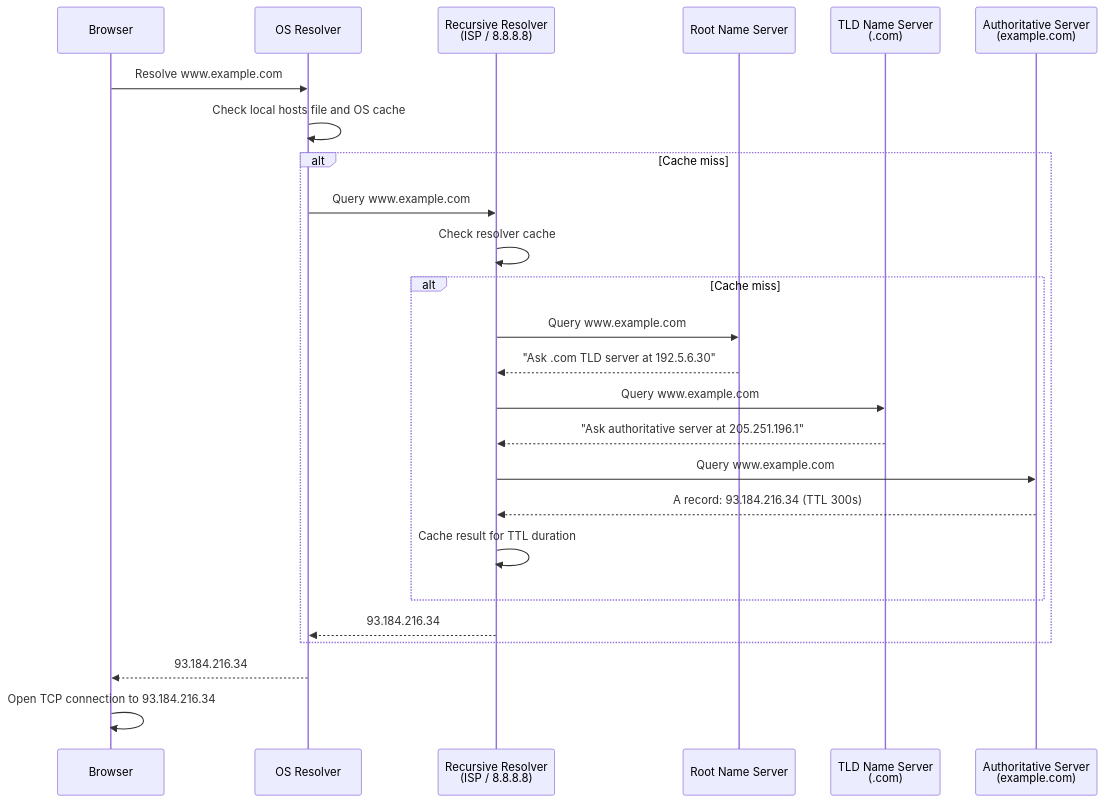
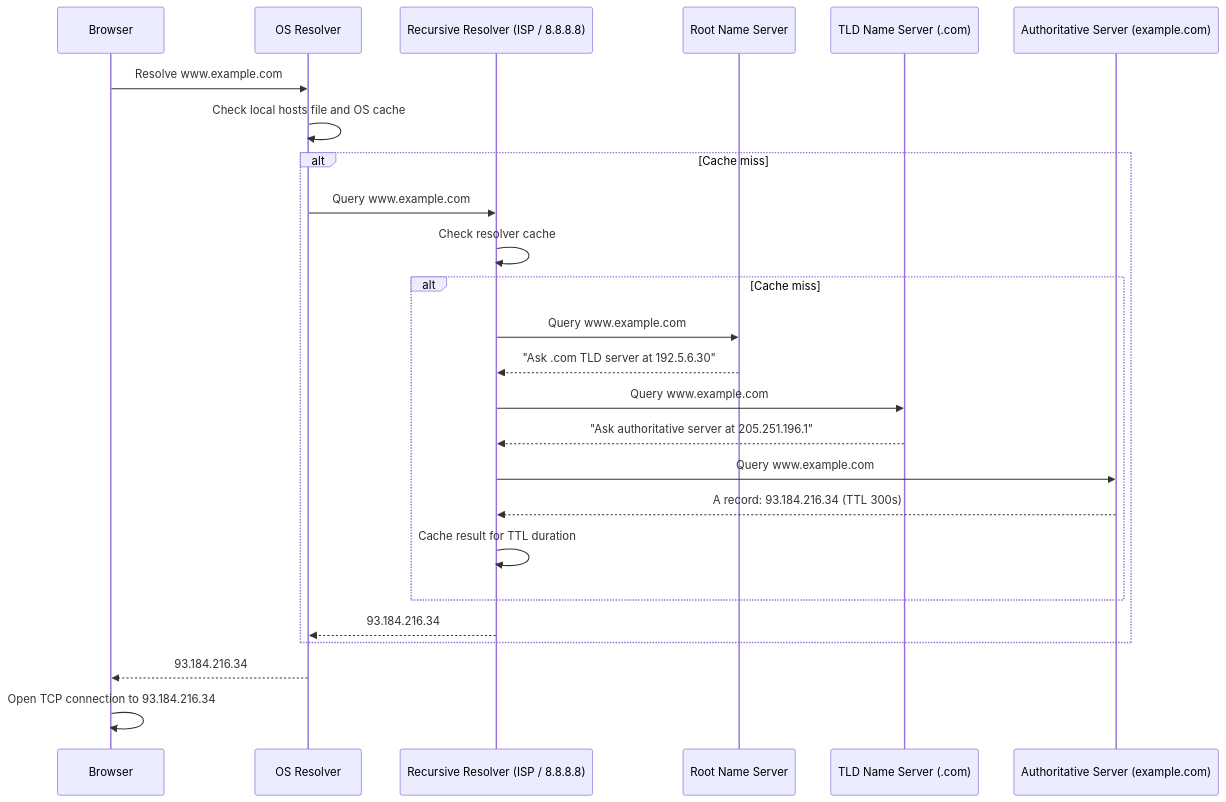
One commit to bachdx2812/dev-learning-hub changed the second of 4 diagrams in system-design/part-2-building-blocks/ch05-dns.md. Above: the diagram before and after it, drawn with Mermaid. The commit also changed 11 other files, not shown here.

First line of the commit message:
fix: resolve Mermaid rendering issues and broken links

````diff
--- a/system-design/part-2-building-blocks/ch05-dns.md
+++ b/system-design/part-2-building-blocks/ch05-dns.md
@@ -64,35 +64,35 @@
 ```mermaid
 sequenceDiagram
     participant B as Browser
     participant OS as OS Resolver
-    participant R as Recursive Resolver<br/>(ISP / 8.8.8.8)
+    participant R as Recursive Resolver (ISP / 8.8.8.8)
     participant ROOT as Root Name Server
-    participant TLD as TLD Name Server<br/>(.com)
-    participant AUTH as Authoritative Server<br/>(example.com)
+    participant TLD as TLD Name Server (.com)
+    participant AUTH as Authoritative Server (example.com)
 
     B->>OS: Resolve www.example.com
     OS->>OS: Check local hosts file and OS cache
 
     alt Cache miss
         OS->>R: Query www.example.com
         R->>R: Check resolver cache
 
         alt Cache miss
             R->>ROOT: Query www.example.com
             ROOT-->>R: "Ask .com TLD server at 192.5.6.30"
 
             R->>TLD: Query www.example.com
             TLD-->>R: "Ask authoritative server at 205.251.196.1"
 
             R->>AUTH: Query www.example.com
             AUTH-->>R: A record: 93.184.216.34 (TTL 300s)
 
             R->>R: Cache result for TTL duration
         end
 
         R-->>OS: 93.184.216.34
     end
 
     OS-->>B: 93.184.216.34
     B->>B: Open TCP connection to 93.184.216.34
 ```
````
